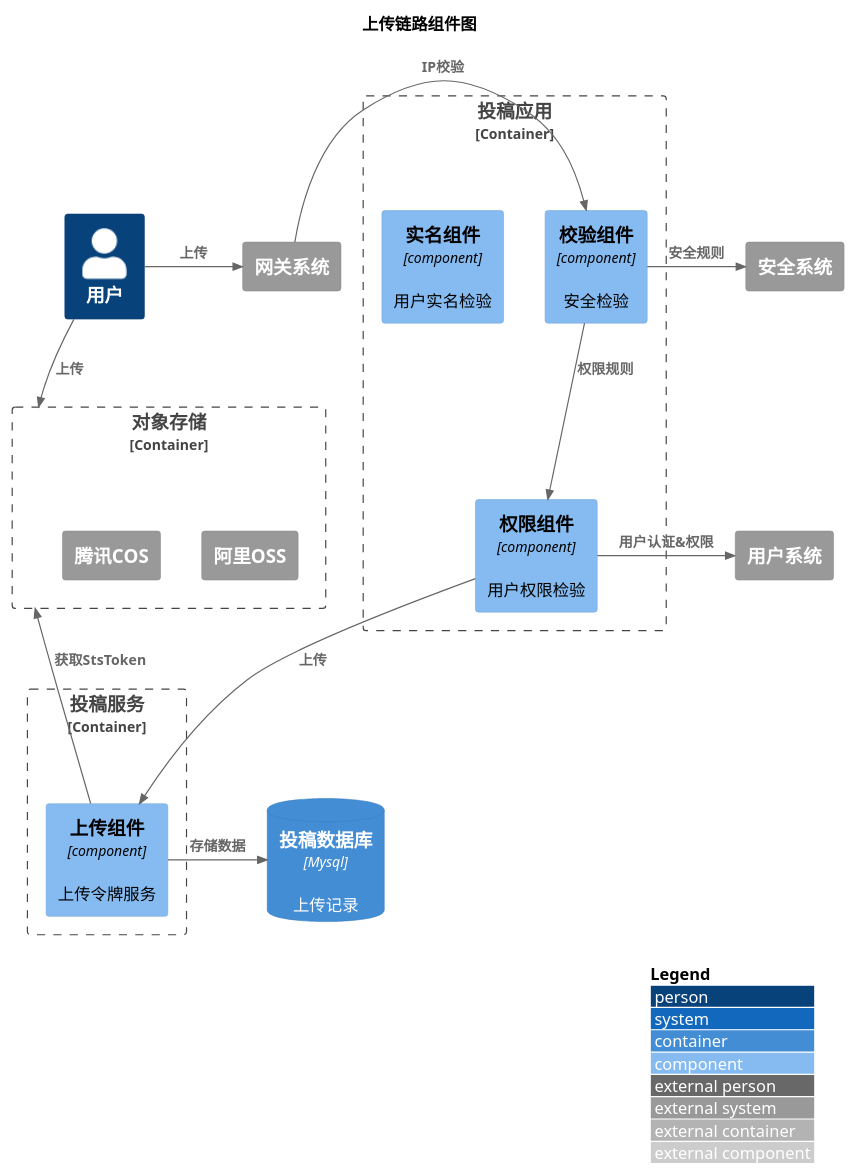
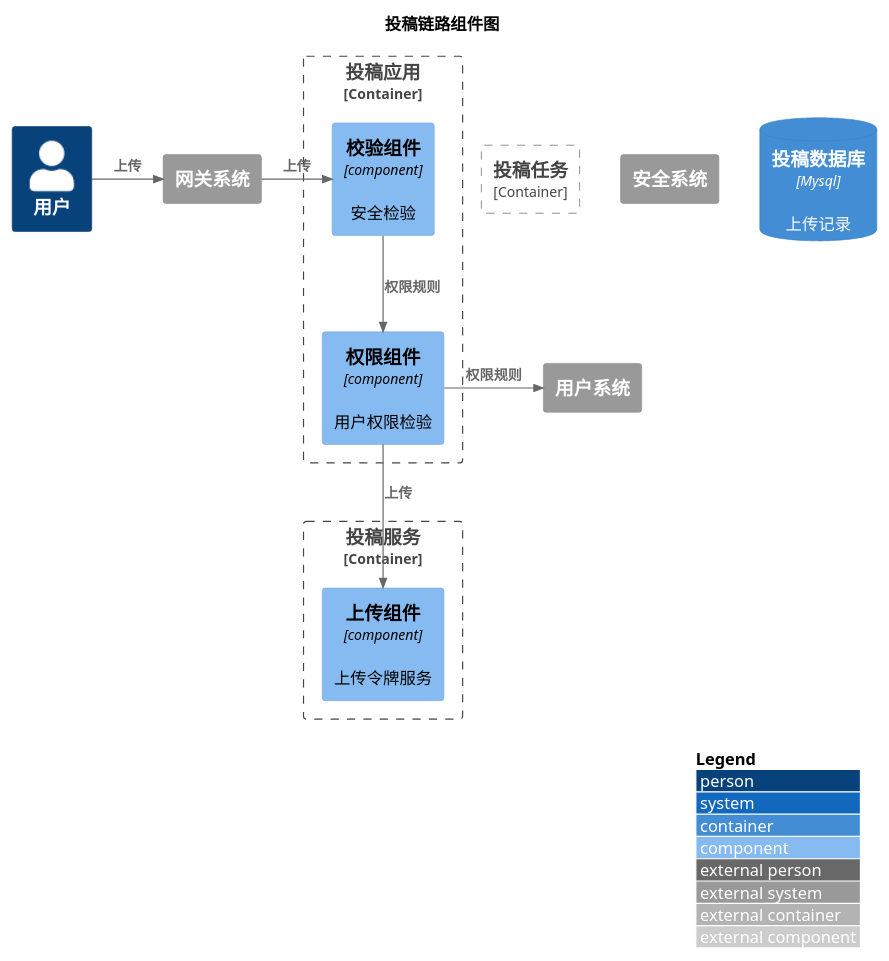
One commit to nxnnxn/community-doc changed the diagram in puml/content/content/add/component.puml. Above: the diagram before and after it, drawn with PlantUML. The commit also changed 4 other files, not shown here.

```diff
--- a/puml/content/content/add/component.puml
+++ b/puml/content/content/add/component.puml
@@ -1,44 +1,43 @@
 @startuml
 !include <C4/C4_Component>
 LAYOUT_WITH_LEGEND()
 
-title 上传链路组件图
+title 投稿链路组件图
 
 Person(user, "用户")
+System_Ext(gateway,"网关系统")
+Rel_R(user, gateway, "上传")
 
 Container_Boundary(postFacade, "投稿应用"){
     Component(checkComponent, "校验组件", "component", "安全检验")
-    Component(userComponent, "实名组件", "component", "用户实名检验")
     Component(authComponent, "权限组件", "component", "用户权限检验")
+    Rel_R(gateway, checkComponent, "上传")
+    Rel(checkComponent, authComponent, "权限规则")
 }
 
 Container_Boundary(postService, "投稿服务"){
     Component(uploadComponent, "上传组件", "component", "上传令牌服务")
-    Rel(checkComponent, authComponent, "权限规则")
     Rel(authComponent, uploadComponent, "上传")
 }
 
-Container_Boundary("objectStorage", "对象存储"){
-    System_Ext(oss,"阿里OSS")
-    System_Ext(cos,"腾讯COS")
+Container_Boundary(postJob, "投稿任务"){
+
 }
 
-System_Ext(gateway,"网关系统")
+
+
 System_Ext(security,"安全系统")
 System_Ext(userSystem,"用户系统")
 ContainerDb(db, "投稿数据库", "Mysql","上传记录")
 
+Rel_R(authComponent, userSystem, "权限规则")
 
 
-Rel_R(user, gateway, "上传")
-Rel(user, objectStorage, "上传")
-Rel_R(gateway, checkComponent, "IP校验")
-Rel_R(checkComponent, security, "安全规则")
-Rel_R(authComponent, userSystem, "用户认证&权限")
-Rel_L(uploadComponent, objectStorage, "获取StsToken")
-Rel_R(uploadComponent, db, "存储数据")
+
+
+
 
 
 
 
 @enduml
```
